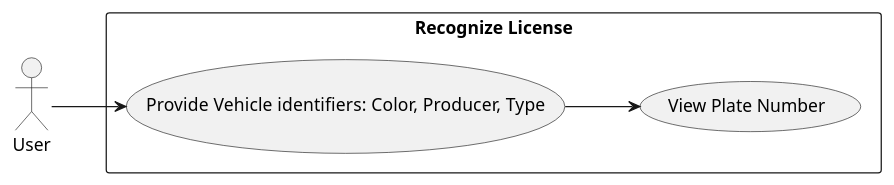
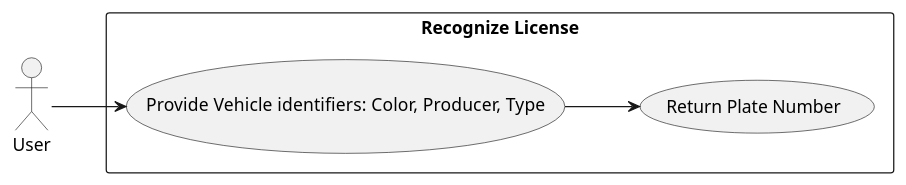
Before and after one commit to lzpmpc005/Traffic_Management_System: the fourth of 5 diagrams in Slides/slides.md, drawn with PlantUML. The commit also changed other lines of this file and 2 other files, not shown here.

````diff
--- a/Slides/slides.md
+++ b/Slides/slides.md
@@ -242,16 +400,16 @@
 ```plantuml {scale: 1}
 @startuml
 left to right direction
 skinparam packageStyle rectangle
 
 actor User as User
 rectangle "Recognize License" {
   usecase "Provide Vehicle identifiers: Color, Producer, Type" as UC1
-  usecase "View Plate Number" as UC2
+  usecase "Return Plate Number" as UC2
 }
 
 User --> UC1
 UC1 --> UC2
 @enduml
 
 ```
````
